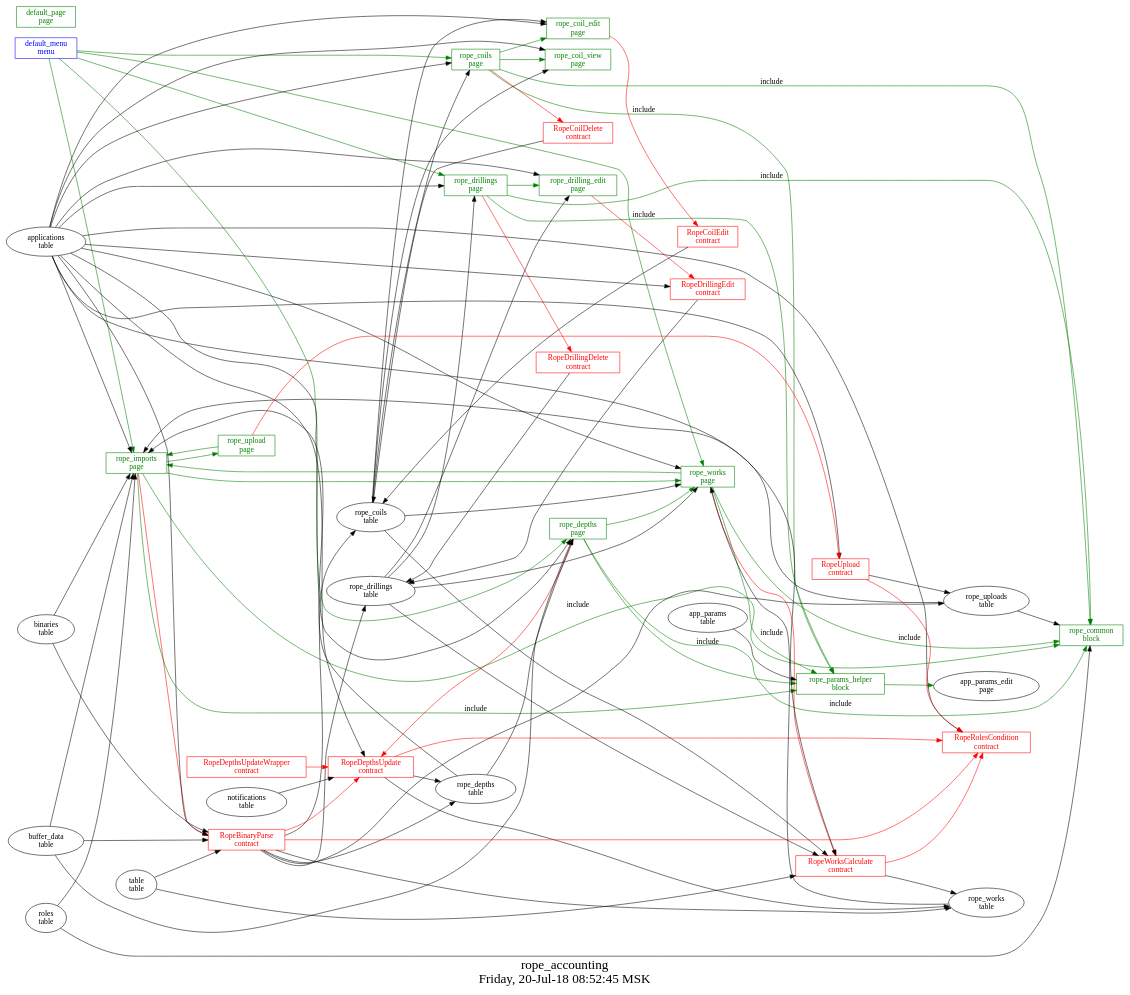
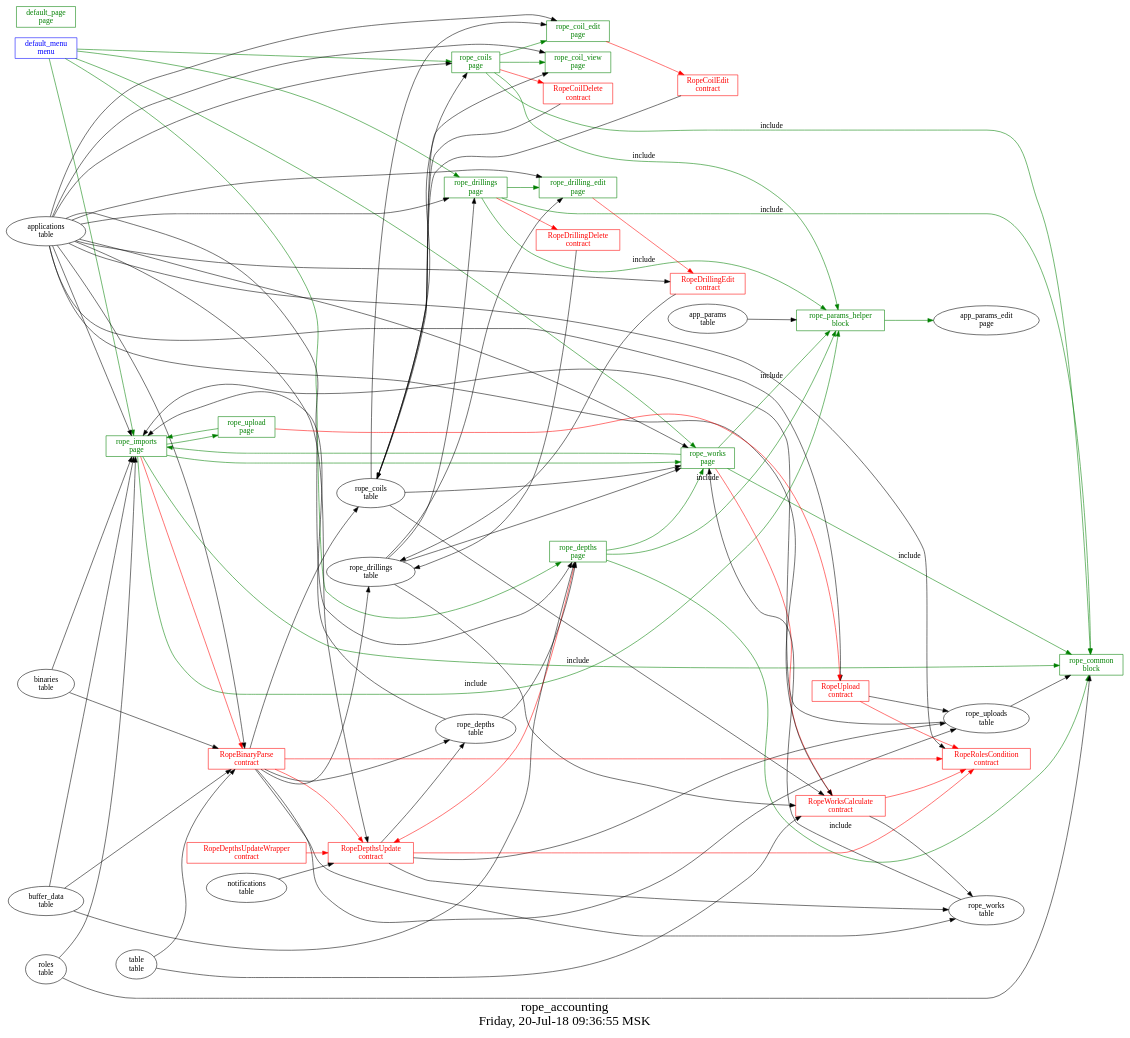
One commit to AplaProject/apps changed the diagram in src/rope_accounting/struct.dot. Above: the diagram before and after it, drawn with Graphviz. The commit also changed 7 other files, not shown here.

```diff
--- a/src/rope_accounting/struct.dot
+++ b/src/rope_accounting/struct.dot
@@ -1,128 +1,129 @@
 digraph G {
 graph [
   fontsize="24";
-  label="rope_accounting\nFriday, 20-Jul-18 08:52:45 MSK";
+  label="rope_accounting\nFriday, 20-Jul-18 09:36:55 MSK";
   nojustify=true;
   ordering=out;
   rankdir=LR;
   size="30";
 ];
 "default_menu\nmenu" -> "rope_imports\npage"  [ color=green ]
 "default_menu\nmenu" -> "rope_works\npage"  [ color=green ]
 "default_menu\nmenu" -> "rope_depths\npage"  [ color=green ]
 "default_menu\nmenu" -> "rope_drillings\npage"  [ color=green ]
 "default_menu\nmenu" -> "rope_coils\npage"  [ color=green ]
 "default_menu\nmenu" [color=blue, fontcolor=blue, group=menus, shape=record];
 "default_page\npage" [color=green, fontcolor=green, group=pages, shape=record];
 "rope_coil_edit\npage" -> "RopeCoilEdit\ncontract"  [ color=red ]
 "applications\ntable" -> "rope_coil_edit\npage"
 "rope_coils\ntable" -> "rope_coil_edit\npage"
 "rope_coil_edit\npage" [color=green, fontcolor=green, group=pages, shape=record];
 "applications\ntable" -> "rope_coil_view\npage"
 "rope_coils\ntable" -> "rope_coil_view\npage"
 "rope_coil_view\npage" [color=green, fontcolor=green, group=pages, shape=record];
 "rope_coils\npage" -> "RopeCoilDelete\ncontract"  [ color=red ]
 "applications\ntable" -> "rope_coils\npage"
 "rope_coils\ntable" -> "rope_coils\npage"
 "rope_coils\npage" -> "rope_coil_edit\npage"  [ color=green ]
 "rope_coils\npage" -> "rope_coil_view\npage"  [ color=green ]
 "rope_coils\npage" -> "rope_common\nblock"  [ color=green, label=include ]
 "rope_coils\npage" -> "rope_params_helper\nblock"  [ color=green, label=include ]
 "rope_coils\npage" [color=green, fontcolor=green, group=pages, shape=record];
 "rope_depths\npage" -> "RopeDepthsUpdate\ncontract"  [ color=red ]
 "applications\ntable" -> "rope_depths\npage"
 "rope_depths\ntable" -> "rope_depths\npage"
 "buffer_data\ntable" -> "rope_depths\npage"
 "rope_depths\npage" -> "rope_works\npage"  [ color=green ]
 "rope_depths\npage" -> "rope_common\nblock"  [ color=green, label=include ]
 "rope_depths\npage" -> "rope_params_helper\nblock"  [ color=green, label=include ]
 "rope_depths\npage" [color=green, fontcolor=green, group=pages, shape=record];
 "rope_drilling_edit\npage" -> "RopeDrillingEdit\ncontract"  [ color=red ]
 "applications\ntable" -> "rope_drilling_edit\npage"
 "rope_drillings\ntable" -> "rope_drilling_edit\npage"
 "rope_drilling_edit\npage" [color=green, fontcolor=green, group=pages, shape=record];
 "rope_drillings\npage" -> "RopeDrillingDelete\ncontract"  [ color=red ]
 "applications\ntable" -> "rope_drillings\npage"
 "rope_drillings\ntable" -> "rope_drillings\npage"
 "rope_drillings\npage" -> "rope_drilling_edit\npage"  [ color=green ]
 "rope_drillings\npage" -> "rope_common\nblock"  [ color=green, label=include ]
 "rope_drillings\npage" -> "rope_params_helper\nblock"  [ color=green, label=include ]
 "rope_drillings\npage" [color=green, fontcolor=green, group=pages, shape=record];
 "rope_imports\npage" -> "RopeBinaryParse\ncontract"  [ color=red ]
 "applications\ntable" -> "rope_imports\npage"
 "roles\ntable" -> "rope_imports\npage"
 "rope_uploads\ntable" -> "rope_imports\npage"
 "binaries\ntable" -> "rope_imports\npage"
 "rope_depths\ntable" -> "rope_imports\npage"
 "buffer_data\ntable" -> "rope_imports\npage"
 "rope_imports\npage" -> "rope_upload\npage"  [ color=green ]
 "rope_imports\npage" -> "rope_works\npage"  [ color=green ]
 "rope_imports\npage" -> "rope_common\nblock"  [ color=green, label=include ]
 "rope_imports\npage" -> "rope_params_helper\nblock"  [ color=green, label=include ]
 "rope_imports\npage" [color=green, fontcolor=green, group=pages, shape=record];
 "rope_upload\npage" -> "RopeUpload\ncontract"  [ color=red ]
 "rope_upload\npage" -> "rope_imports\npage"  [ color=green ]
 "rope_upload\npage" [color=green, fontcolor=green, group=pages, shape=record];
 "rope_works\npage" -> "RopeWorksCalculate\ncontract"  [ color=red ]
 "applications\ntable" -> "rope_works\npage"
 "rope_works\ntable" -> "rope_works\npage"
 "rope_drillings\ntable" -> "rope_works\npage"
 "rope_coils\ntable" -> "rope_works\npage"
 "rope_works\npage" -> "rope_imports\npage"  [ color=green ]
 "rope_works\npage" -> "rope_common\nblock"  [ color=green, label=include ]
 "rope_works\npage" -> "rope_params_helper\nblock"  [ color=green, label=include ]
 "rope_works\npage" [color=green, fontcolor=green, group=pages, shape=record];
 "roles\ntable" -> "rope_common\nblock"
 "rope_uploads\ntable" -> "rope_common\nblock"
 "rope_common\nblock" [color=green, fontcolor=green, group=blocks, shape=record];
 "app_params\ntable" -> "rope_params_helper\nblock"
 "rope_params_helper\nblock" -> "app_params_edit\npage"  [ color=green ]
 "rope_params_helper\nblock" [color=green, fontcolor=green, group=blocks, shape=record];
 "RopeBinaryParse\ncontract" -> "RopeDepthsUpdate\ncontract"  [ color=red ]
 "RopeBinaryParse\ncontract" -> "RopeRolesCondition\ncontract"  [ color=red ]
 "RopeBinaryParse\ncontract" -> "rope_coils\ntable"  [ color="" ]
 "RopeBinaryParse\ncontract" -> "rope_drillings\ntable"  [ color="" ]
 "RopeBinaryParse\ncontract" -> "rope_works\ntable"  [ color="" ]
 "RopeBinaryParse\ncontract" -> "rope_depths\ntable"  [ color="" ]
 "RopeBinaryParse\ncontract" -> "rope_uploads\ntable"  [ color="" ]
 "table\ntable" -> "RopeBinaryParse\ncontract"
 "buffer_data\ntable" -> "RopeBinaryParse\ncontract"
 "binaries\ntable" -> "RopeBinaryParse\ncontract"
 "applications\ntable" -> "RopeBinaryParse\ncontract"
 "RopeBinaryParse\ncontract" [color=red, fontcolor=red, group=contracts, shape=record];
 "RopeCoilDelete\ncontract" -> "rope_coils\ntable"  [ color="" ]
 "RopeCoilDelete\ncontract" [color=red, fontcolor=red, group=contracts, shape=record];
 "RopeCoilEdit\ncontract" -> "rope_coils\ntable"  [ color="" ]
 "RopeCoilEdit\ncontract" [color=red, fontcolor=red, group=contracts, shape=record];
 "RopeDepthsUpdate\ncontract" -> "RopeRolesCondition\ncontract"  [ color=red ]
+"RopeDepthsUpdate\ncontract" -> "rope_uploads\ntable"  [ color="" ]
 "RopeDepthsUpdate\ncontract" -> "rope_works\ntable"  [ color="" ]
 "RopeDepthsUpdate\ncontract" -> "rope_depths\ntable"  [ color="" ]
 "notifications\ntable" -> "RopeDepthsUpdate\ncontract"
 "applications\ntable" -> "RopeDepthsUpdate\ncontract"
 "RopeDepthsUpdate\ncontract" [color=red, fontcolor=red, group=contracts, shape=record];
 "RopeDepthsUpdateWrapper\ncontract" -> "RopeDepthsUpdate\ncontract"  [ color=red ]
 "RopeDepthsUpdateWrapper\ncontract" [color=red, fontcolor=red, group=contracts, shape=record];
 "RopeDrillingDelete\ncontract" -> "rope_drillings\ntable"  [ color="" ]
 "RopeDrillingDelete\ncontract" [color=red, fontcolor=red, group=contracts, shape=record];
 "RopeDrillingEdit\ncontract" -> "rope_drillings\ntable"  [ color="" ]
 "applications\ntable" -> "RopeDrillingEdit\ncontract"
 "RopeDrillingEdit\ncontract" [color=red, fontcolor=red, group=contracts, shape=record];
 "applications\ntable" -> "RopeRolesCondition\ncontract"
 "RopeRolesCondition\ncontract" [color=red, fontcolor=red, group=contracts, shape=record];
 "RopeUpload\ncontract" -> "RopeRolesCondition\ncontract"  [ color=red ]
 "RopeUpload\ncontract" -> "rope_uploads\ntable"  [ color="" ]
 "applications\ntable" -> "RopeUpload\ncontract"
 "RopeUpload\ncontract" [color=red, fontcolor=red, group=contracts, shape=record];
 "RopeWorksCalculate\ncontract" -> "RopeRolesCondition\ncontract"  [ color=red ]
 "RopeWorksCalculate\ncontract" -> "rope_works\ntable"  [ color="" ]
 "table\ntable" -> "RopeWorksCalculate\ncontract"
 "applications\ntable" -> "RopeWorksCalculate\ncontract"
 "rope_coils\ntable" -> "RopeWorksCalculate\ncontract"
 "rope_drillings\ntable" -> "RopeWorksCalculate\ncontract"
 "RopeWorksCalculate\ncontract" [color=red, fontcolor=red, group=contracts, shape=record];
 "rope_coils\ntable" [color="", fontcolor="", group=tables, shape=""];
 "rope_depths\ntable" [color="", fontcolor="", group=tables, shape=""];
 "rope_drillings\ntable" [color="", fontcolor="", group=tables, shape=""];
 "rope_uploads\ntable" [color="", fontcolor="", group=tables, shape=""];
 "rope_works\ntable" [color="", fontcolor="", group=tables, shape=""];
 }
```
